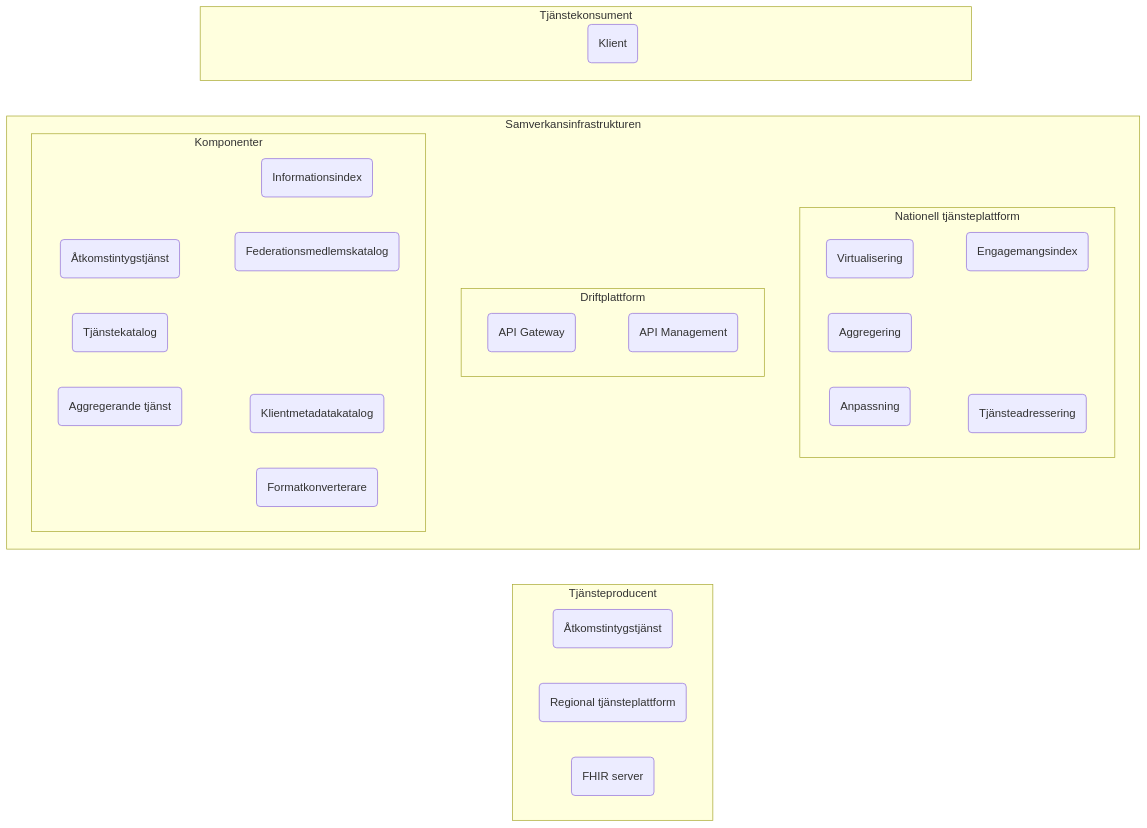
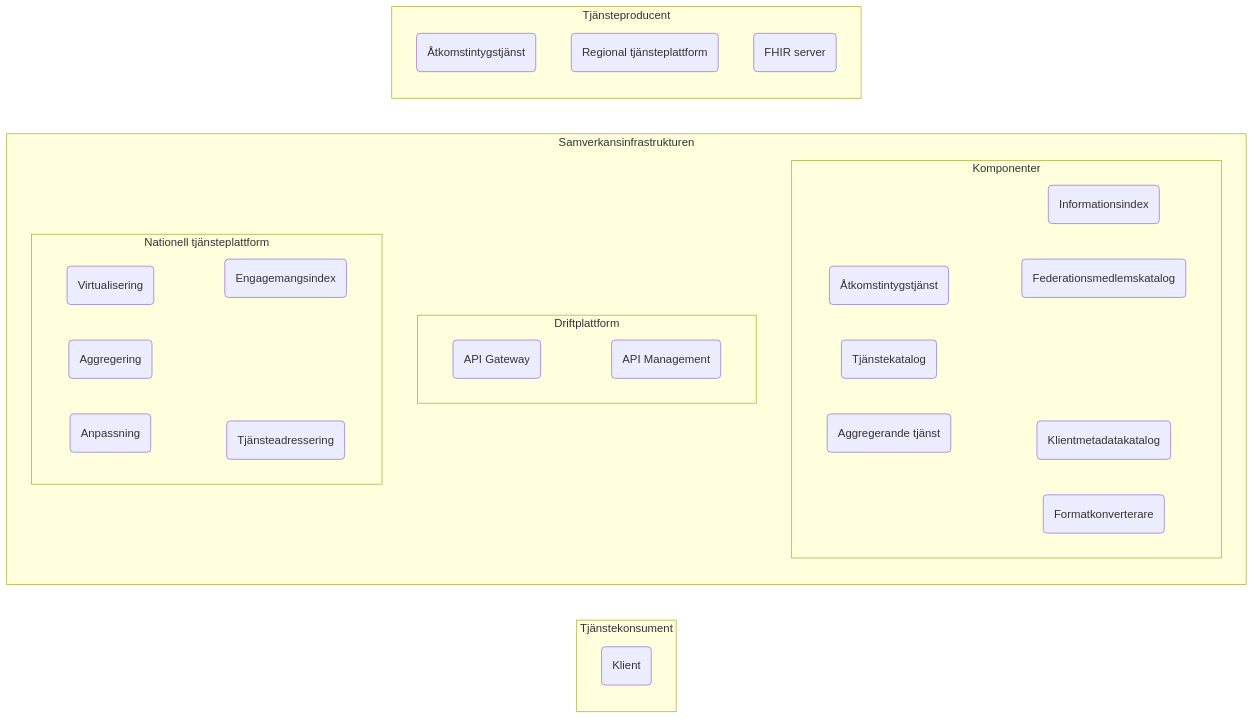
One commit to anders-malmros-inera/t2mmd changed the first of 2 diagrams in T2-krav/solution.md. Above: the diagram before and after it, drawn with Mermaid.

Commit message:
Refactor flowchart in solution.md to use 'LR' direction and update default renderer to 'elk2'

````diff
--- a/T2-krav/solution.md
+++ b/T2-krav/solution.md
@@ -5,33 +5,31 @@
 ```mermaid
-graph 
-    %%{init: {"flowchart": {"defaultRenderer": "elk2"}} }%%
-
+graph LR
     subgraph tk[Tjänstekonsument]
         tkc(Klient)
     end
     
 
     subgraph si[Samverkansinfrastrukturen]
+        direction TB
         subgraph si1[Komponenter]
             sias(Åtkomstintygstjänst) & sitk(Tjänstekatalog) & siagg(Aggregerande tjänst)
             ~~~
             siii(Informationsindex) & sifmk(Federationsmedlemskatalog) & sikk(Klientmetadatakatalog) & sifk(Formatkonverterare)
         end
         subgraph drift[Driftplattform]
             gw(API Gateway)~~~ap(API Management)
 
         end
         subgraph ntjp[Nationell tjänsteplattform]
             vp(Virtualisering) & ag(Aggregering) & anp(Anpassning)
             ~~~
             ei(Engagemangsindex) & tak(Tjänsteadressering)
         end
     end
     subgraph tp[Tjänsteproducent]
         tpas(Åtkomstintygstjänst)
         tprtp(Regional tjänsteplattform)
         tpfs(FHIR server)
     end
-    tkc ~~~ si1 & drift & ntjp ~~~ tp
 
 ```
````
